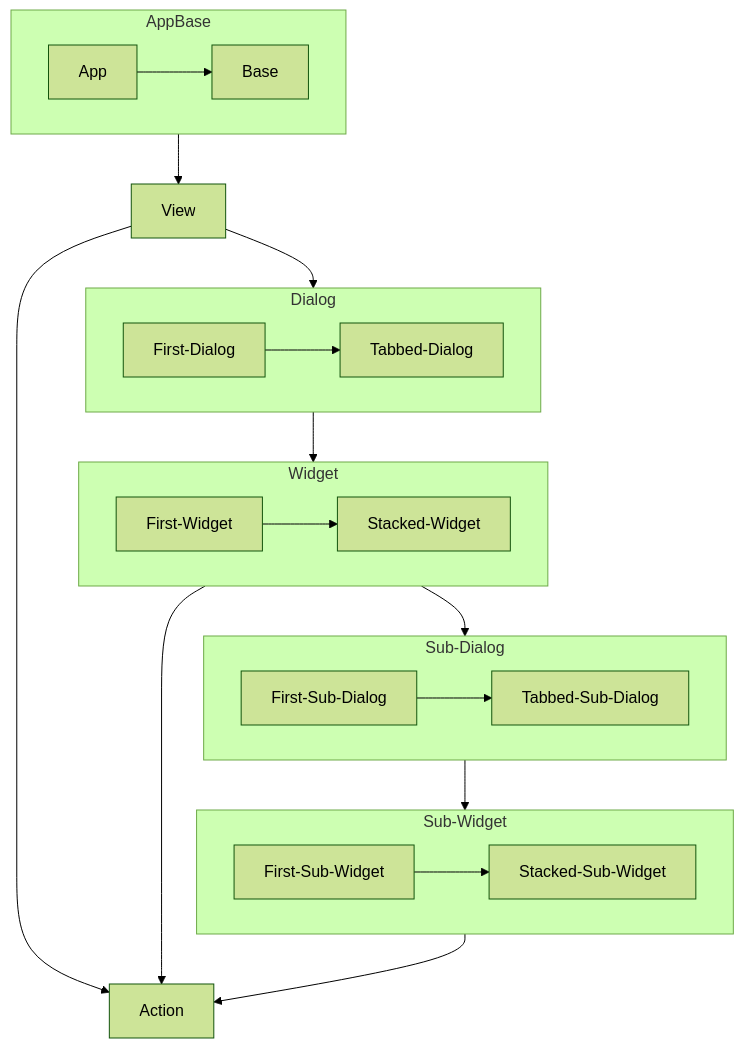
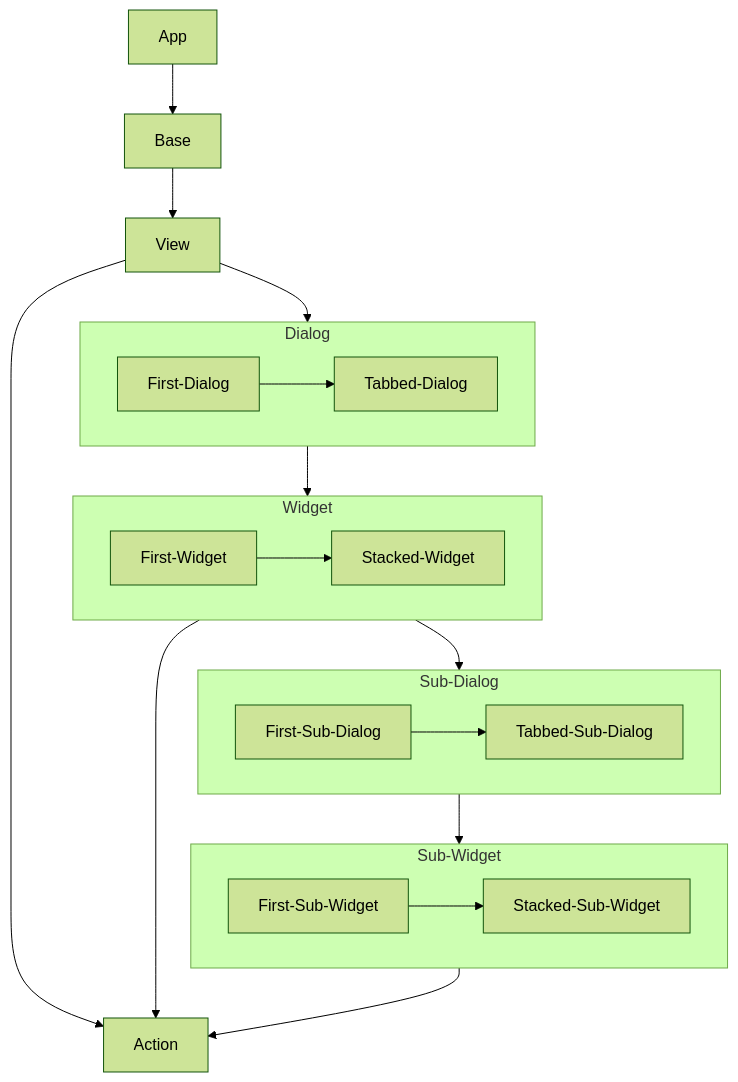
The diagram in source/docs/docs.rst (KemoPanzah/decore_Page_Old), drawn with Mermaid (forest theme) before and after one commit. The commit also changed 18 other files, not shown here.

```diff
--- a/source/docs/docs.rst
+++ b/source/docs/docs.rst
@@ -10,32 +10,29 @@
 .. mermaid::
    :align: center
 
    flowchart TD;
-      AppBase-->View;
+      App-->Base;
+      Base-->View;
       View-->Action;
       View-->Dialog;
       Dialog -->Widget;
       Widget-->Action;
       Widget-->Sub-Dialog;
       Sub-Dialog-->Sub-Widget;
       Sub-Widget-->Action;
-
-   subgraph AppBase;
-      App-->Base;
-   end   
 
    subgraph Dialog;
       First-Dialog-->Tabbed-Dialog;
    end
 
    subgraph Sub-Dialog;
       First-Sub-Dialog-->Tabbed-Sub-Dialog;
    end
 
    subgraph Widget;
       First-Widget-->Stacked-Widget;
    end
 
    subgraph Sub-Widget;
       First-Sub-Widget-->Stacked-Sub-Widget;
    end
```
